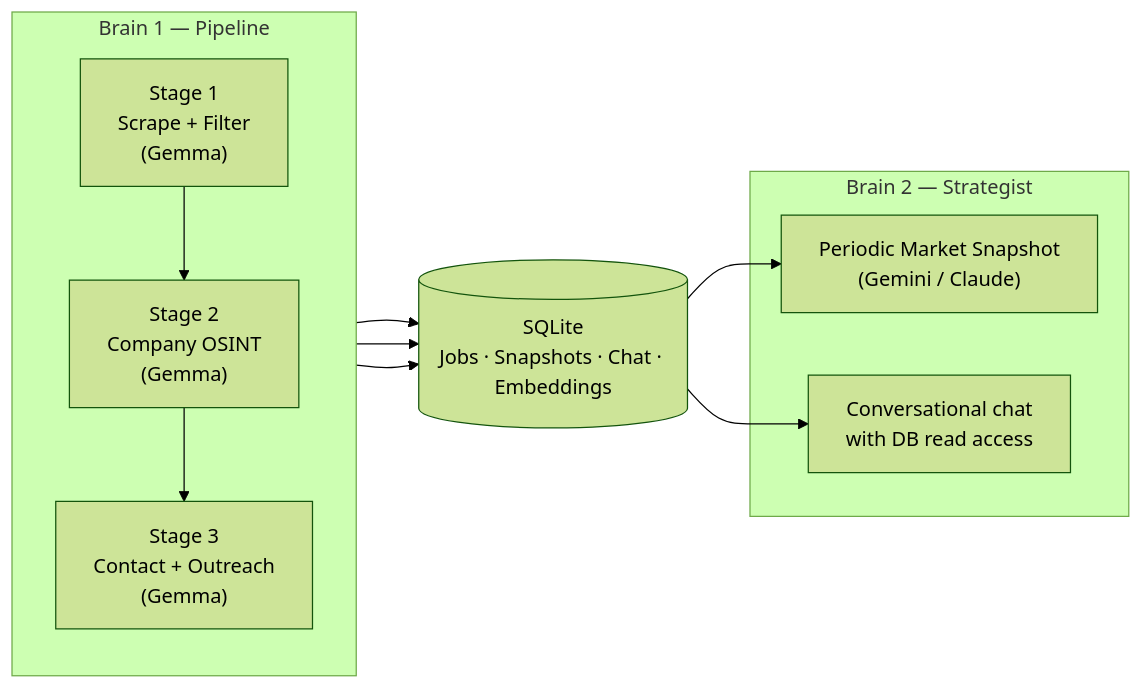
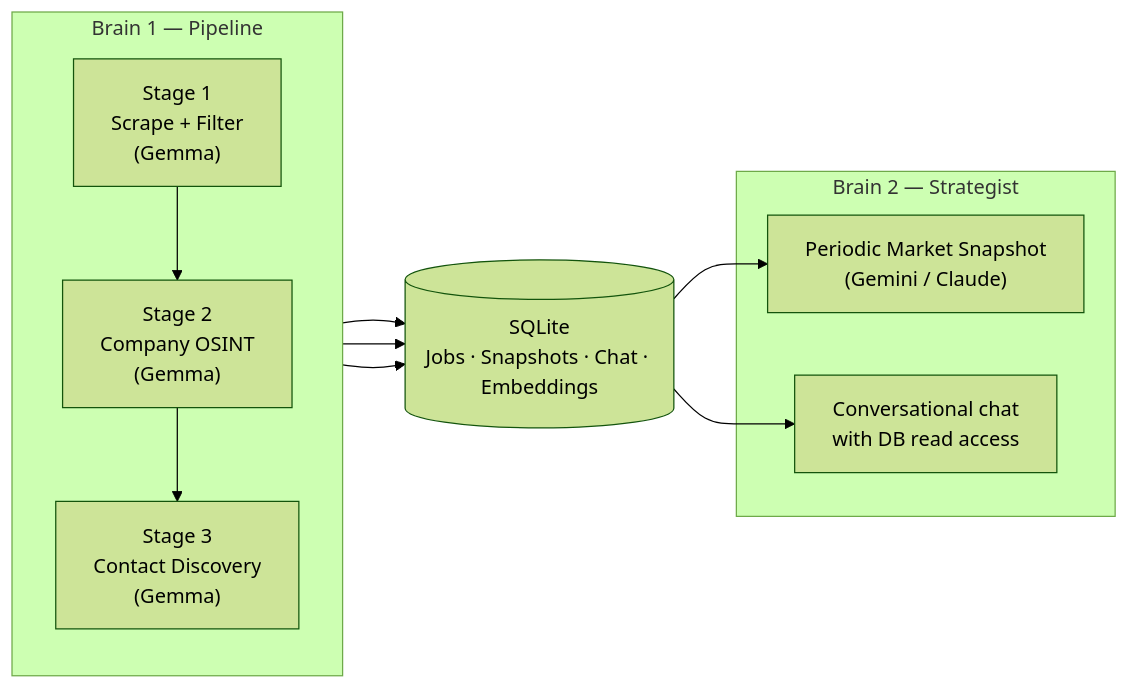
Before and after one commit to mustar22/hunterjobs-ats: the diagram in README.md, drawn with Mermaid (forest theme). The commit also changed other lines of this file, not shown here.

````diff
--- a/README.md
+++ b/README.md
@@ -63,21 +63,21 @@
 ```mermaid
 flowchart LR
     subgraph Brain1["Brain 1 — Pipeline"]
         direction TB
         S1["Stage 1<br/>Scrape + Filter<br/>(Gemma)"] --> S2["Stage 2<br/>Company OSINT<br/>(Gemma)"]
-        S2 --> S3["Stage 3<br/>Contact + Outreach<br/>(Gemma)"]
+        S2 --> S3["Stage 3<br/>Contact Discovery<br/>(Gemma)"]
     end
 
     subgraph Brain2["Brain 2 — Strategist"]
         Snap["Periodic Market Snapshot<br/>(Gemini / Claude)"]
         Chat["Conversational chat<br/>with DB read access"]
     end
 
     DB[(SQLite<br/>Jobs · Snapshots · Chat · Embeddings)]
 
     S1 --> DB
     S2 --> DB
     S3 --> DB
     DB --> Snap
     DB --> Chat
 ```
````
